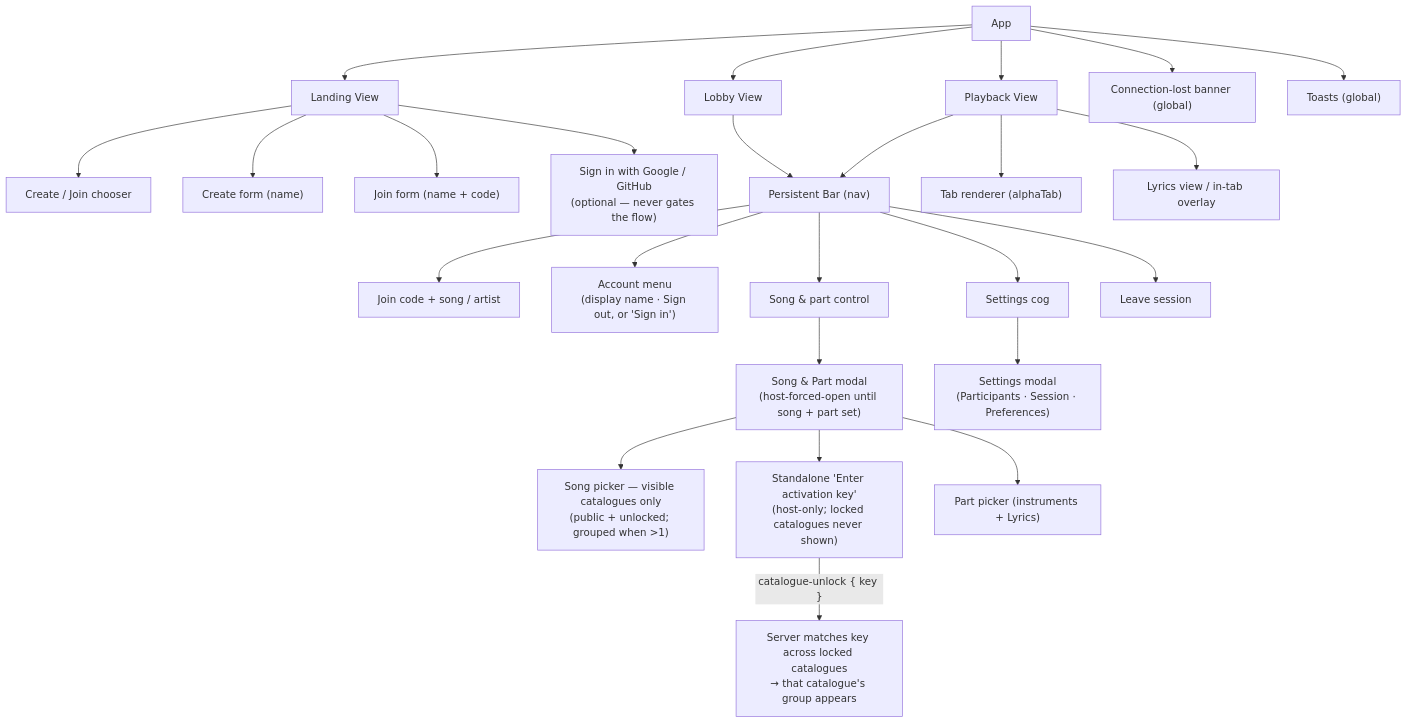
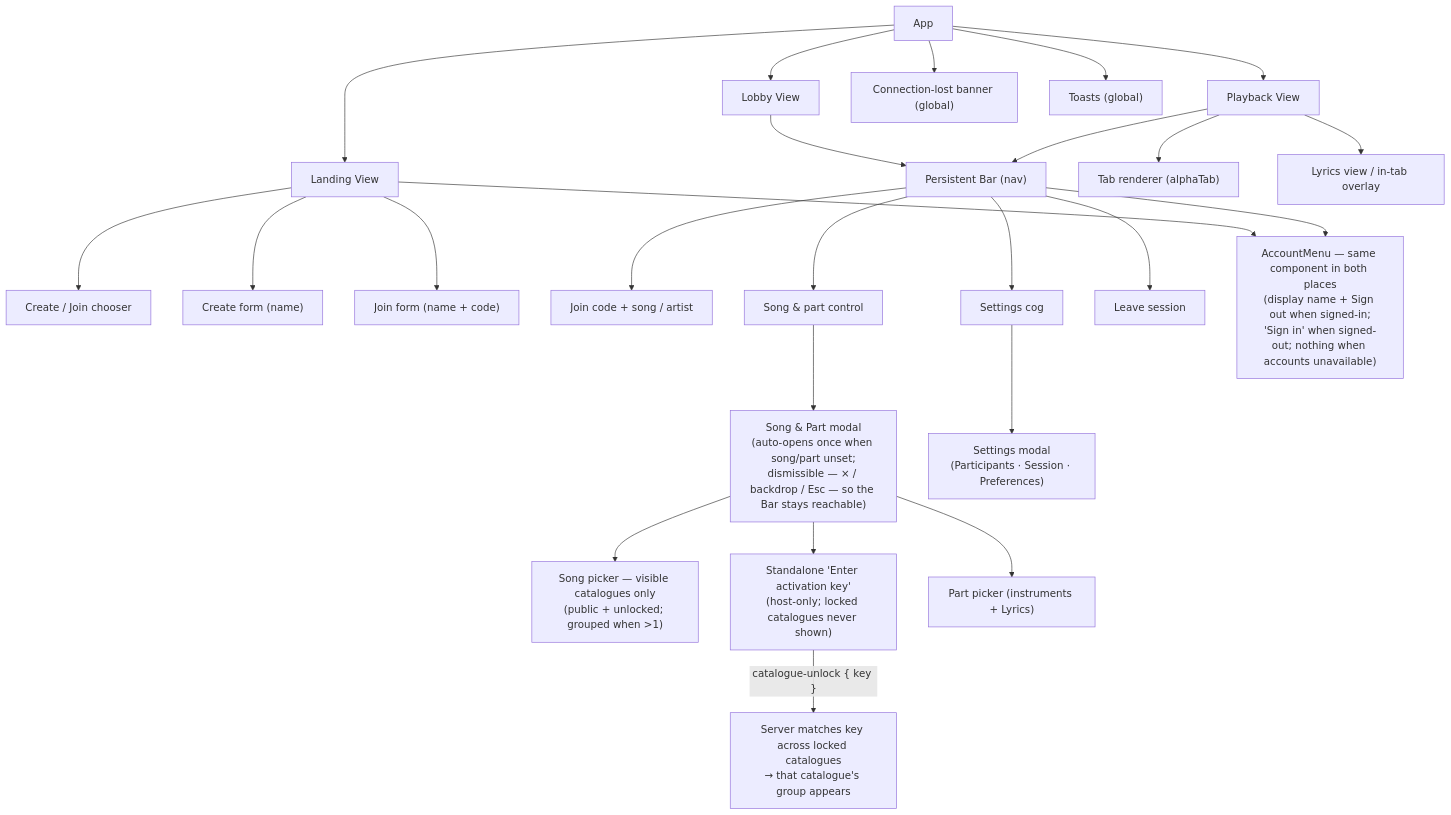
The third of 3 diagrams in README.md (kinda-bad/sync-tab-scroll), drawn with Mermaid before and after one commit. The commit also changed 1 other file, not shown here.

Commit message:
docs(ui): regenerate UI diagram — AccountMenu on Landing + dismissible song/part modal
Claude-Session: https://claude.ai/code/session_01LH6HsXJ9DUjtgf3faLnqHc

````diff
--- a/README.md
+++ b/README.md
@@ -343,31 +343,32 @@
 ```mermaid
 graph TD
     App --> Landing["Landing View"]
     App --> Lobby["Lobby View"]
     App --> Playback["Playback View"]
     App --> ConnBanner["Connection-lost banner (global)"]
     App --> Toasts["Toasts (global)"]
 
     Landing --> Chooser["Create / Join chooser"]
     Landing --> CreateForm["Create form (name)"]
     Landing --> JoinForm["Join form (name + code)"]
-    Landing --> SignIn["Sign in with Google / GitHub<br/>(optional — never gates the flow)"]
 
     Lobby --> Bar["Persistent Bar (nav)"]
     Playback --> Bar
     Bar --> JoinCodeId["Join code + song / artist"]
-    Bar --> AccountMenu["Account menu<br/>(display name · Sign out, or 'Sign in')"]
     Bar --> SongPartCtl["Song & part control"]
     Bar --> SettingsCog["Settings cog"]
     Bar --> Leave["Leave session"]
 
-    SongPartCtl --> Modal["Song & Part modal<br/>(host-forced-open until song + part set)"]
+    Landing --> AccountMenu["AccountMenu — same component in both places<br/>(display name + Sign out when signed-in;<br/>'Sign in' when signed-out; nothing when accounts unavailable)"]
+    Bar --> AccountMenu
+
+    SongPartCtl --> Modal["Song & Part modal<br/>(auto-opens once when song/part unset;<br/>dismissible — × / backdrop / Esc — so the Bar stays reachable)"]
     Modal --> SongPicker["Song picker — visible catalogues only<br/>(public + unlocked; grouped when &gt;1)"]
     Modal --> KeyCtl["Standalone 'Enter activation key'<br/>(host-only; locked catalogues never shown)"]
     KeyCtl -->|"catalogue-unlock { key }"| Unlocked["Server matches key across locked catalogues<br/>→ that catalogue's group appears"]
     Modal --> PartPicker["Part picker (instruments + Lyrics)"]
 
     Playback --> TabRender["Tab renderer (alphaTab)"]
     Playback --> LyricsOverlay["Lyrics view / in-tab overlay"]
     SettingsCog --> SettingsModal["Settings modal<br/>(Participants · Session · Preferences)"]
 ```
````
